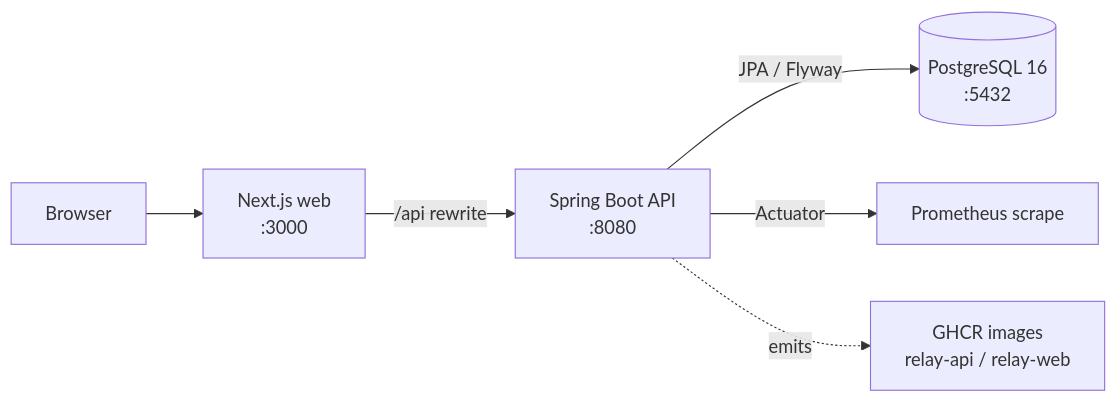
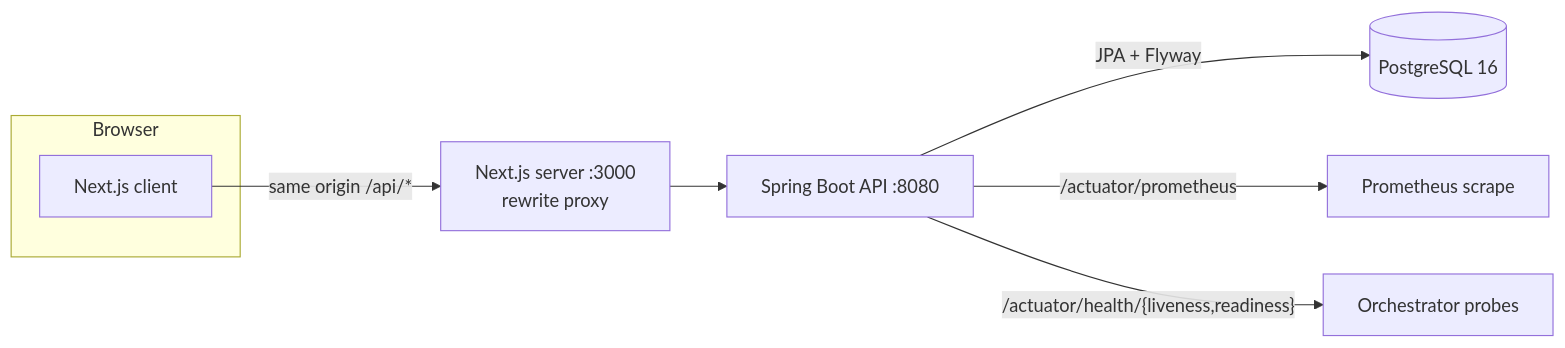
Before and after one commit to wassimhajjijunior/Ticket_Support_System: the first of 4 diagrams in README.md, drawn with Mermaid. The commit also changed other lines of this file, not shown here.

Commit message:
docs: rewrite README with architecture, decisions, security posture and roadmap

````diff
--- a/README.md
+++ b/README.md
@@ -35,8 +52,12 @@
 ```mermaid
 flowchart LR
-    B[Browser] --> W["Next.js web<br/>:3000"]
-    W -->|"/api rewrite"| A["Spring Boot API<br/>:8080"]
-    A -->|JPA / Flyway| P[("PostgreSQL 16<br/>:5432")]
-    A -->|Actuator| M[Prometheus scrape]
-    A -.->|emits| IMG["GHCR images<br/>relay-api / relay-web"]
+    subgraph Browser
+      UI[Next.js client]
+    end
+
+    UI -->|"same origin /api/*"| WEB["Next.js server :3000<br/>rewrite proxy"]
+    WEB --> API["Spring Boot API :8080"]
+    API -->|JPA + Flyway| DB[("PostgreSQL 16")]
+    API -->|"/actuator/prometheus"| PROM[Prometheus scrape]
+    API -->|"/actuator/health/{liveness,readiness}"| PROBE[Orchestrator probes]
 ```
````
